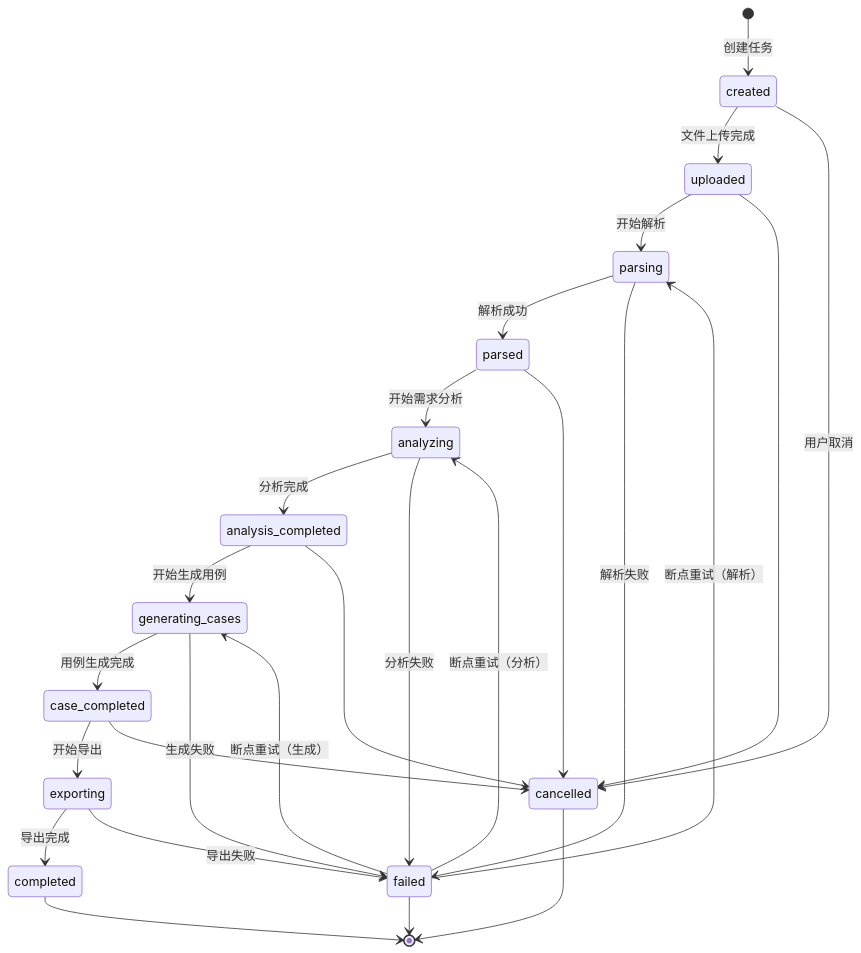
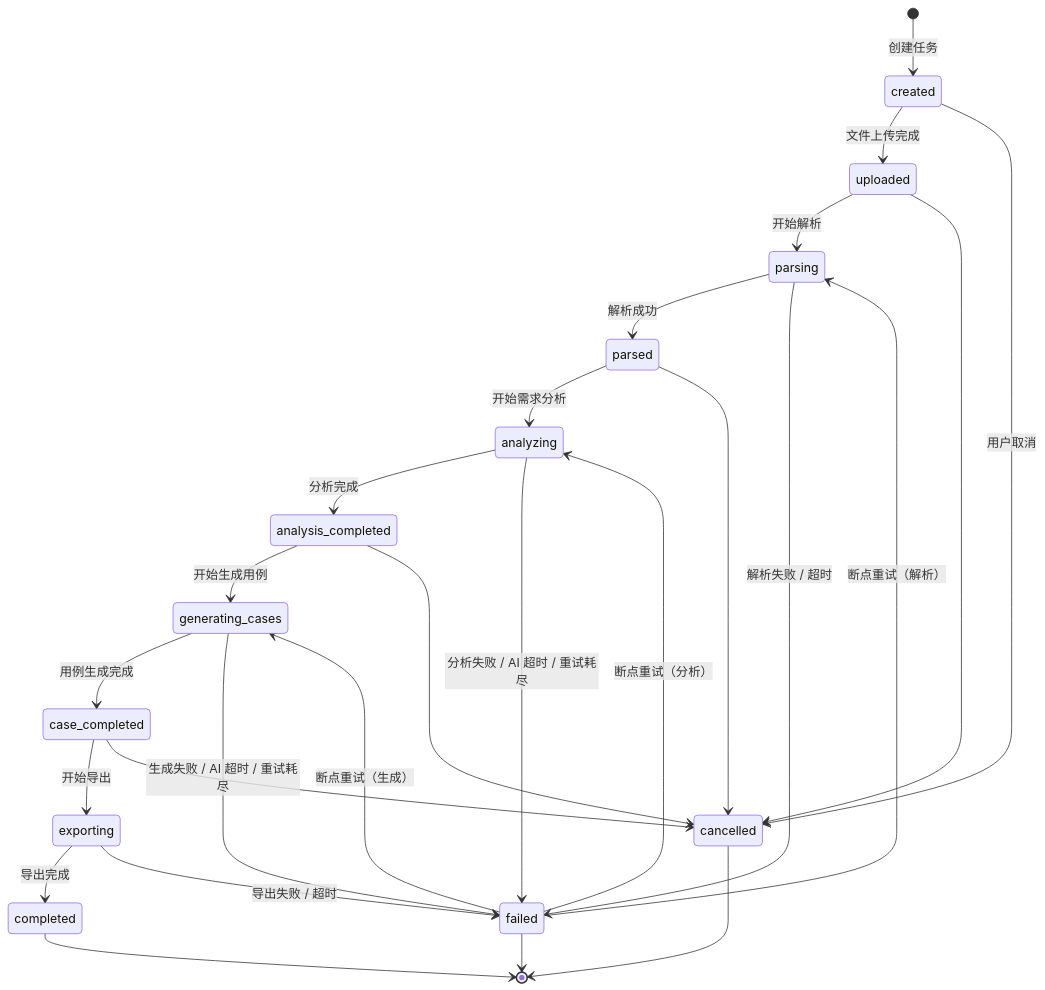
Before and after one commit to lauragao/ai-test-platform: the third of 10 diagrams in 流程图.md, drawn with Mermaid. The commit also changed other lines of this file and 38 other files, not shown here.

````diff
--- a/流程图.md
+++ b/流程图.md
@@ -102,34 +106,34 @@
 ```mermaid
 stateDiagram-v2
     [*] --> created: 创建任务
     created --> uploaded: 文件上传完成
     uploaded --> parsing: 开始解析
     parsing --> parsed: 解析成功
-    parsing --> failed: 解析失败
+    parsing --> failed: 解析失败 / 超时
 
     parsed --> analyzing: 开始需求分析
     analyzing --> analysis_completed: 分析完成
-    analyzing --> failed: 分析失败
+    analyzing --> failed: 分析失败 / AI 超时 / 重试耗尽
 
     analysis_completed --> generating_cases: 开始生成用例
     generating_cases --> case_completed: 用例生成完成
-    generating_cases --> failed: 生成失败
+    generating_cases --> failed: 生成失败 / AI 超时 / 重试耗尽
 
     case_completed --> exporting: 开始导出
     exporting --> completed: 导出完成
-    exporting --> failed: 导出失败
+    exporting --> failed: 导出失败 / 超时
 
     created --> cancelled: 用户取消
     uploaded --> cancelled
     parsed --> cancelled
     analysis_completed --> cancelled
     case_completed --> cancelled
 
     failed --> parsing: 断点重试（解析）
     failed --> analyzing: 断点重试（分析）
     failed --> generating_cases: 断点重试（生成）
 
     completed --> [*]
     cancelled --> [*]
     failed --> [*]
 ```
````
